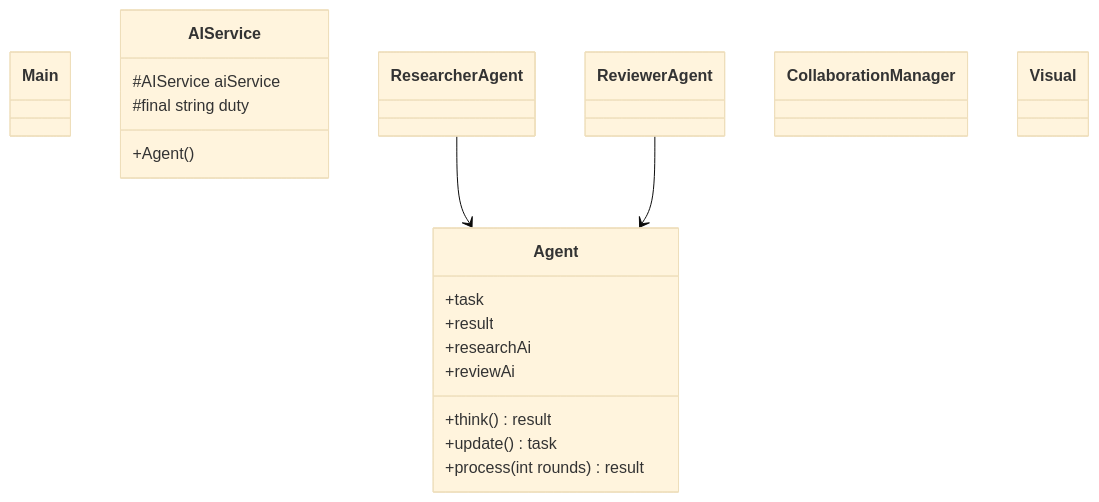
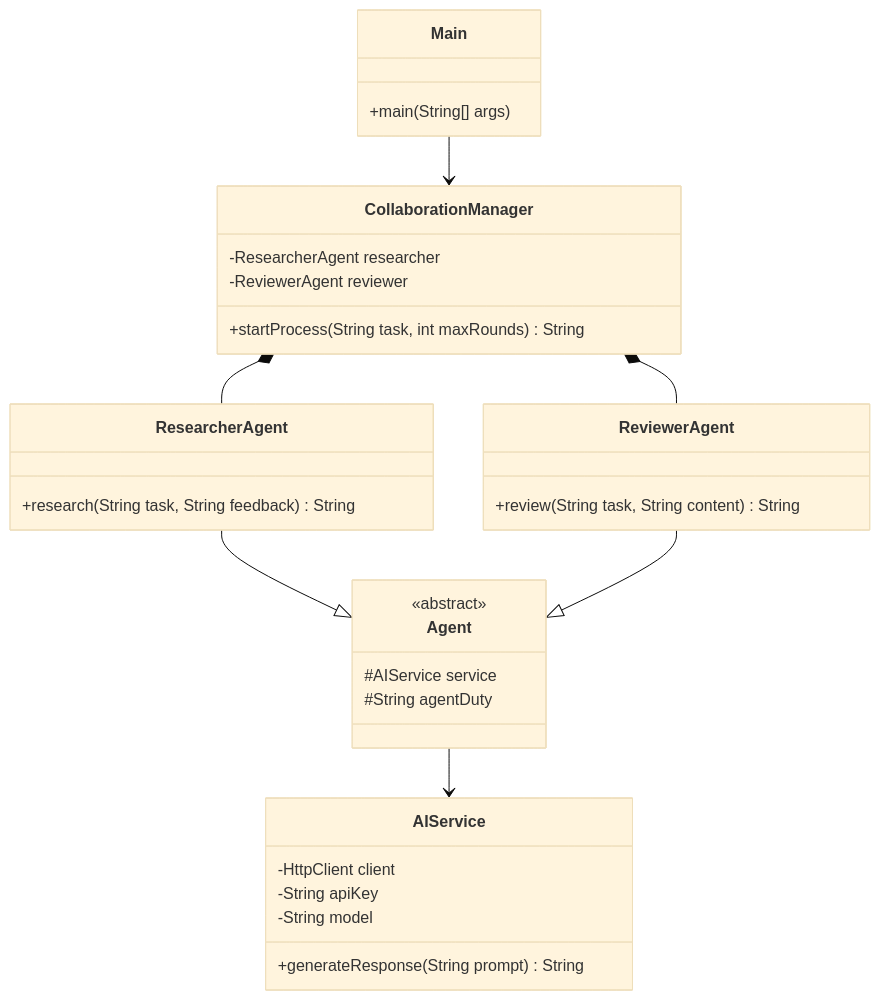
Before and after one commit to rintoji/REXOR: the diagram in README.md, drawn with Mermaid (base theme). The commit also changed other lines of this file, not shown here.

Commit message:
Revise architecture overview and system diagram
Updated architecture overview and system diagram in README.

````diff
--- a/README.md
+++ b/README.md
@@ -49,28 +45,40 @@
 ```mermaid
 classDiagram
-    class Main
+    class Main {
+        +main(String[] args)
+    }
+
+    class CollaborationManager {
+        -ResearcherAgent researcher
+        -ReviewerAgent reviewer
+        +startProcess(String task, int maxRounds) String
+    }
 
     class Agent {
-        +task
-        +result
-        +researchAi
-        +reviewAi
-        +think() result
-        +update() task
-        +process(int rounds) result
+        <<abstract>>
+        #AIService service
+        #String agentDuty
+    }
+
+    class ResearcherAgent {
+        +research(String task, String feedback) String
+    }
+
+    class ReviewerAgent {
+        +review(String task, String content) String
     }
 
     class AIService {
-        #AIService aiService
-        #final string duty
-        +Agent()
+        -HttpClient client
+        -String apiKey
+        -String model
+        +generateResponse(String prompt) String
     }
 
-    class ResearcherAgent
-    class ReviewerAgent
-    class CollaborationManager
-    class Visual
-
-    ResearcherAgent --> Agent
-    ReviewerAgent --> Agent
+    Main --> CollaborationManager
+    CollaborationManager *-- ResearcherAgent
+    CollaborationManager *-- ReviewerAgent
+    ResearcherAgent --|> Agent
+    ReviewerAgent --|> Agent
+    Agent --> AIService
 ```
````
